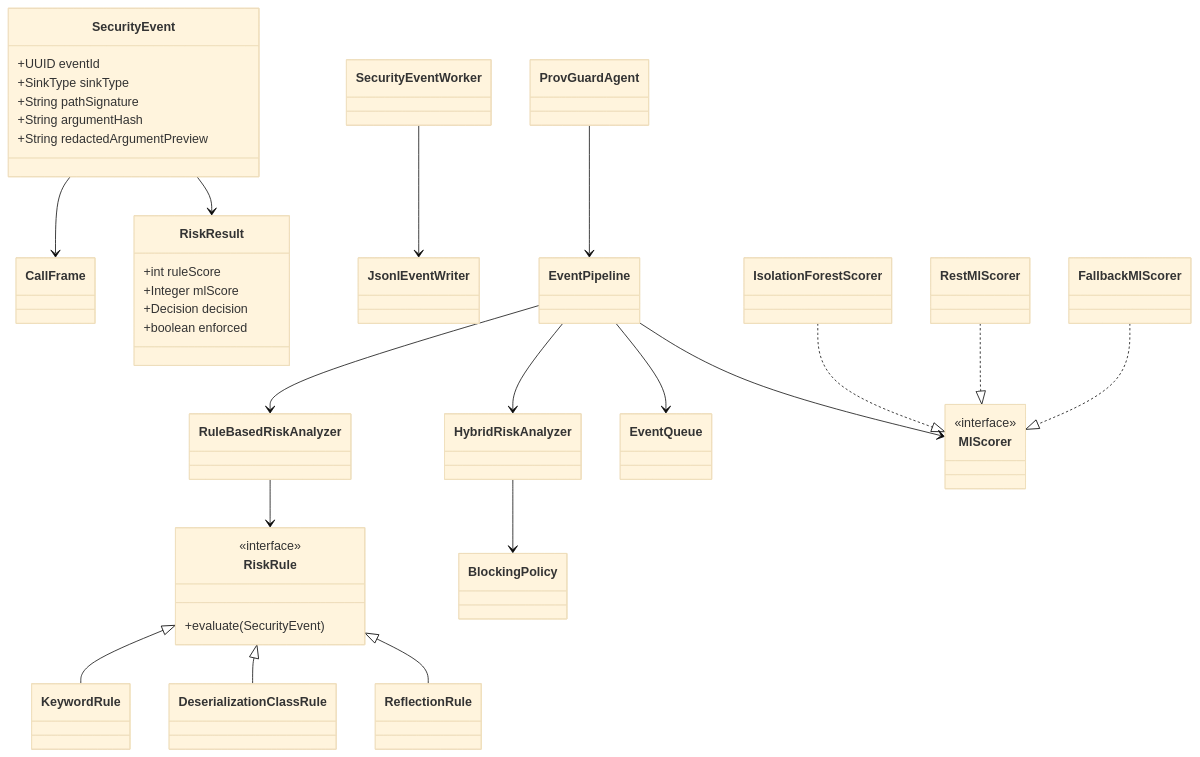
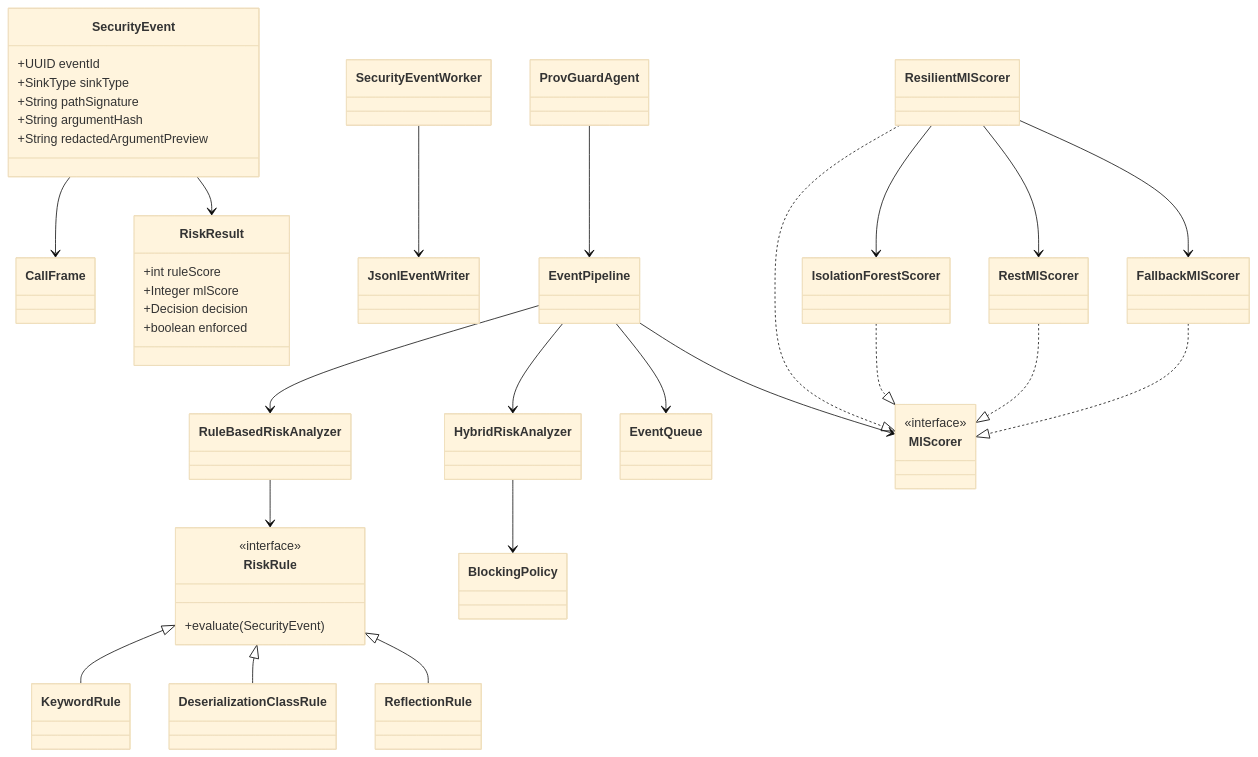
Before and after one commit to aasthaaa25/provguard: the diagram in docs/class-diagram.md, drawn with Mermaid (base theme). The commit also changed other lines of this file and 17 other files, not shown here.

````diff
--- a/docs/class-diagram.md
+++ b/docs/class-diagram.md
@@ -3,52 +3,57 @@
 ```mermaid
 classDiagram
     class SecurityEvent {
         +UUID eventId
         +SinkType sinkType
         +String pathSignature
         +String argumentHash
         +String redactedArgumentPreview
     }
     class CallFrame
     class RiskResult {
         +int ruleScore
         +Integer mlScore
         +Decision decision
         +boolean enforced
     }
     class RiskRule {
         <<interface>>
         +evaluate(SecurityEvent)
     }
     class RuleBasedRiskAnalyzer
     class HybridRiskAnalyzer
     class BlockingPolicy
     class EventQueue
     class SecurityEventWorker
     class JsonlEventWriter
     class MlScorer {
         <<interface>>
     }
+    class ResilientMlScorer
     class IsolationForestScorer
     class RestMlScorer
     class FallbackMlScorer
     class ProvGuardAgent
     class EventPipeline
 
     SecurityEvent --> CallFrame
     SecurityEvent --> RiskResult
     RuleBasedRiskAnalyzer --> RiskRule
     HybridRiskAnalyzer --> BlockingPolicy
     EventPipeline --> RuleBasedRiskAnalyzer
     EventPipeline --> HybridRiskAnalyzer
     EventPipeline --> EventQueue
     EventPipeline --> MlScorer
     SecurityEventWorker --> JsonlEventWriter
+    ResilientMlScorer ..|> MlScorer
     IsolationForestScorer ..|> MlScorer
     RestMlScorer ..|> MlScorer
     FallbackMlScorer ..|> MlScorer
+    ResilientMlScorer --> IsolationForestScorer
+    ResilientMlScorer --> RestMlScorer
+    ResilientMlScorer --> FallbackMlScorer
     ProvGuardAgent --> EventPipeline
     RiskRule <|-- KeywordRule
     RiskRule <|-- DeserializationClassRule
     RiskRule <|-- ReflectionRule
 ```
````
